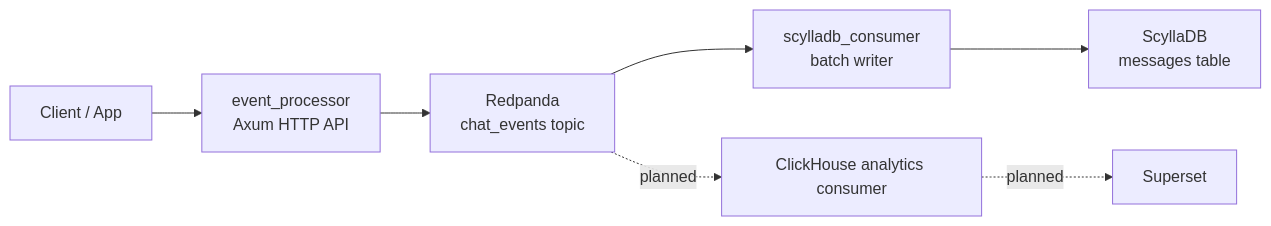
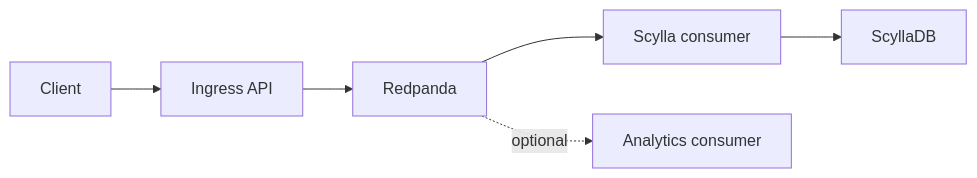
The fourth of 6 diagrams in event-ingestion-pipeline/v1/README.md (settorka/data-eng-monorepo), drawn with Mermaid before and after one commit. The commit also changed other lines of this file, not shown here.

````diff
--- a/event-ingestion-pipeline/v1/README.md
+++ b/event-ingestion-pipeline/v1/README.md
@@ -9,9 +238,8 @@
 ```mermaid
 flowchart LR
-    Client["Client / App"] --> API["event_processor\nAxum HTTP API"]
-    API --> RP["Redpanda\nchat_events topic"]
-    RP --> SC["scylladb_consumer\nbatch writer"]
-    SC --> DB["ScyllaDB\nmessages table"]
-    RP -.planned.-> CH["ClickHouse analytics consumer"]
-    CH -.planned.-> BI["Superset"]
+    Client["Client"] --> API["Ingress API"]
+    API --> Topic["Redpanda"]
+    Topic --> Consumer["Scylla consumer"]
+    Consumer --> Scylla["ScyllaDB"]
+    Topic -.optional.-> Analytics["Analytics consumer"]
 ```
````
